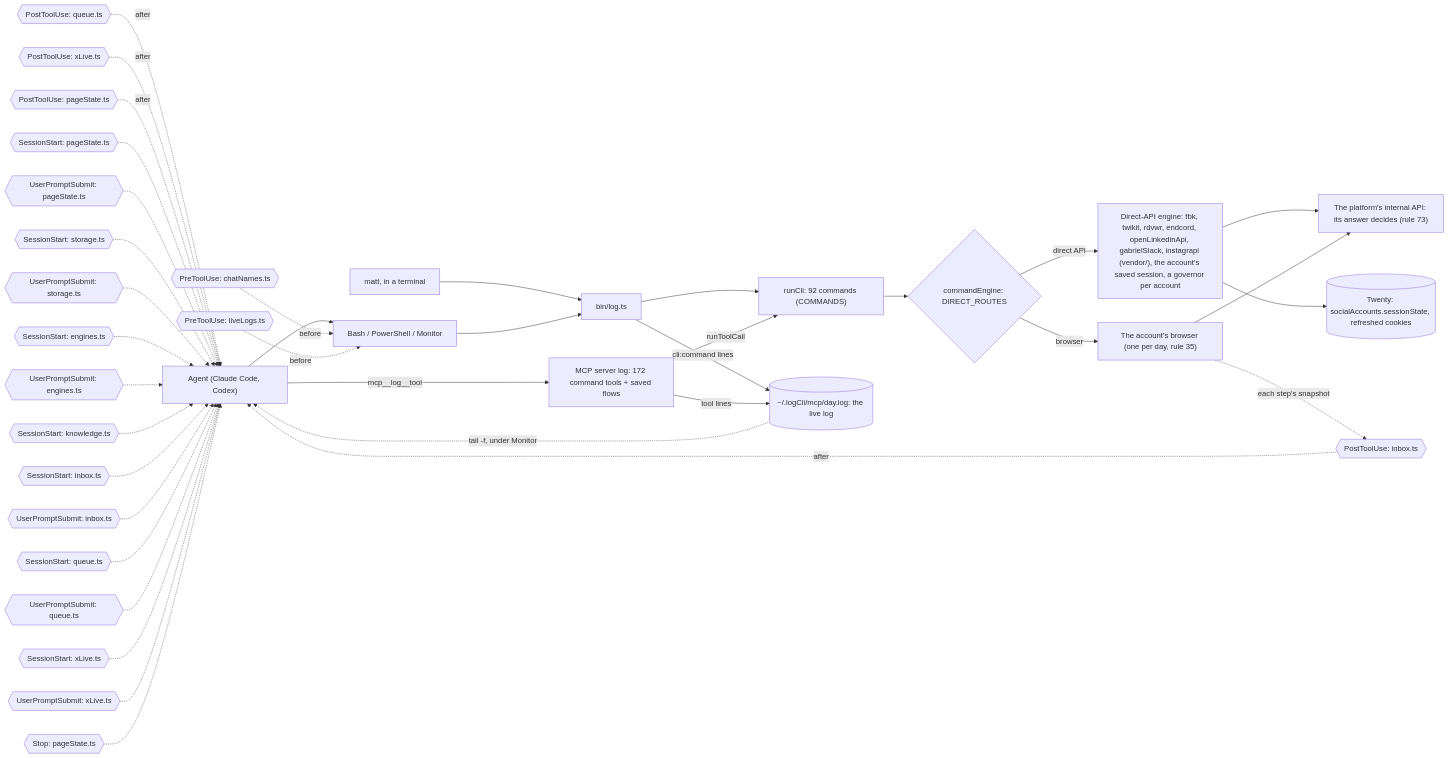
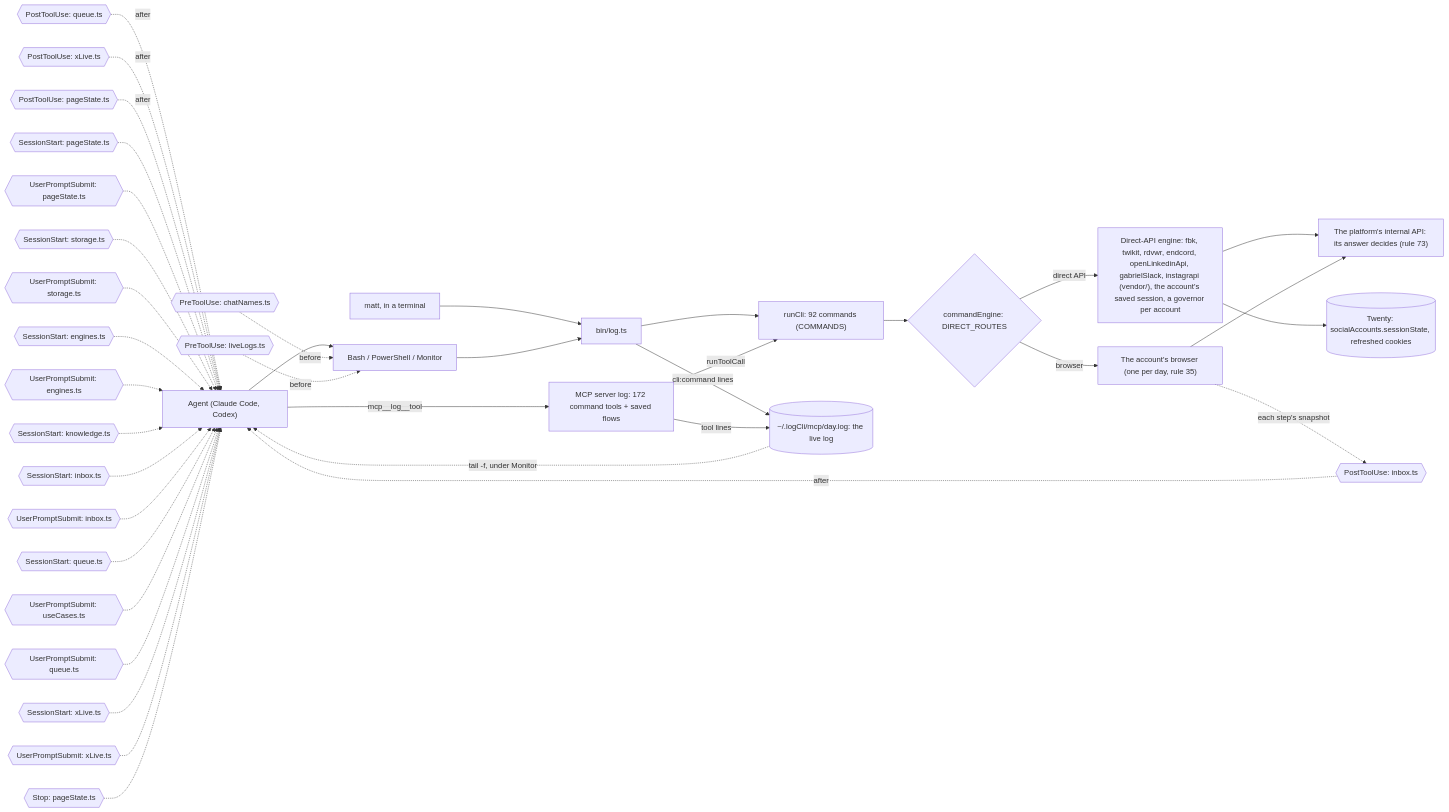
One commit to matthewdonsemail-lab/log changed the third of 6 diagrams in docs/reference.md. Above: the diagram before and after it, drawn with Mermaid. The commit also changed other lines of this file and 76 other files, not shown here.

````diff
--- a/docs/reference.md
+++ b/docs/reference.md
@@ -187,51 +187,52 @@
 ```mermaid
 flowchart LR
   agent["Agent (Claude Code, Codex)"]
   matt["matt, in a terminal"]
   shell["Bash / PowerShell / Monitor"]
   mcp["MCP server log: 172 command tools + saved flows"]
   bin["bin/log.ts"]
   runCli["runCli: 92 commands (COMMANDS)"]
   live[("~/.logCli/mcp/day.log: the live log")]
   engine{"commandEngine: DIRECT_ROUTES"}
   direct["Direct-API engine: fbk, twikit, rdvwr, endcord, openLinkedinApi, gabrielSlack, instagrapi (vendor/), the account's saved session, a governor per account"]
   browser["The account's browser (one per day, rule 35)"]
   api["The platform's internal API: its answer decides (rule 73)"]
   twenty[("Twenty: socialAccounts.sessionState, refreshed cookies")]
   agent --> shell
   matt --> bin
   shell --> bin
   agent -->|mcp__log__tool| mcp
   bin --> runCli
   mcp -->|runToolCall| runCli
   runCli --> engine
   engine -->|direct API| direct
   engine -->|browser| browser
   direct --> api
   browser --> api
   direct --> twenty
   bin -->|cli:command lines| live
   mcp -->|tool lines| live
   live -.->|tail -f, under Monitor| agent
   pre0{{"PreToolUse: chatNames.ts"}} -.->|before| shell
   pre1{{"PreToolUse: liveLogs.ts"}} -.->|before| shell
   post0{{"PostToolUse: inbox.ts"}} -.->|after| agent
   post1{{"PostToolUse: queue.ts"}} -.->|after| agent
   post2{{"PostToolUse: xLive.ts"}} -.->|after| agent
   post3{{"PostToolUse: pageState.ts"}} -.->|after| agent
   turn0{{"SessionStart: pageState.ts"}} -.-> agent
   turn1{{"UserPromptSubmit: pageState.ts"}} -.-> agent
   turn2{{"SessionStart: storage.ts"}} -.-> agent
   turn3{{"UserPromptSubmit: storage.ts"}} -.-> agent
   turn4{{"SessionStart: engines.ts"}} -.-> agent
   turn5{{"UserPromptSubmit: engines.ts"}} -.-> agent
   turn6{{"SessionStart: knowledge.ts"}} -.-> agent
   turn7{{"SessionStart: inbox.ts"}} -.-> agent
   turn8{{"UserPromptSubmit: inbox.ts"}} -.-> agent
   turn9{{"SessionStart: queue.ts"}} -.-> agent
-  turn10{{"UserPromptSubmit: queue.ts"}} -.-> agent
-  turn11{{"SessionStart: xLive.ts"}} -.-> agent
-  turn12{{"UserPromptSubmit: xLive.ts"}} -.-> agent
-  turn13{{"Stop: pageState.ts"}} -.-> agent
+  turn10{{"UserPromptSubmit: useCases.ts"}} -.-> agent
+  turn11{{"UserPromptSubmit: queue.ts"}} -.-> agent
+  turn12{{"SessionStart: xLive.ts"}} -.-> agent
+  turn13{{"UserPromptSubmit: xLive.ts"}} -.-> agent
+  turn14{{"Stop: pageState.ts"}} -.-> agent
   browser -.->|each step's snapshot| post0
 ```
````
